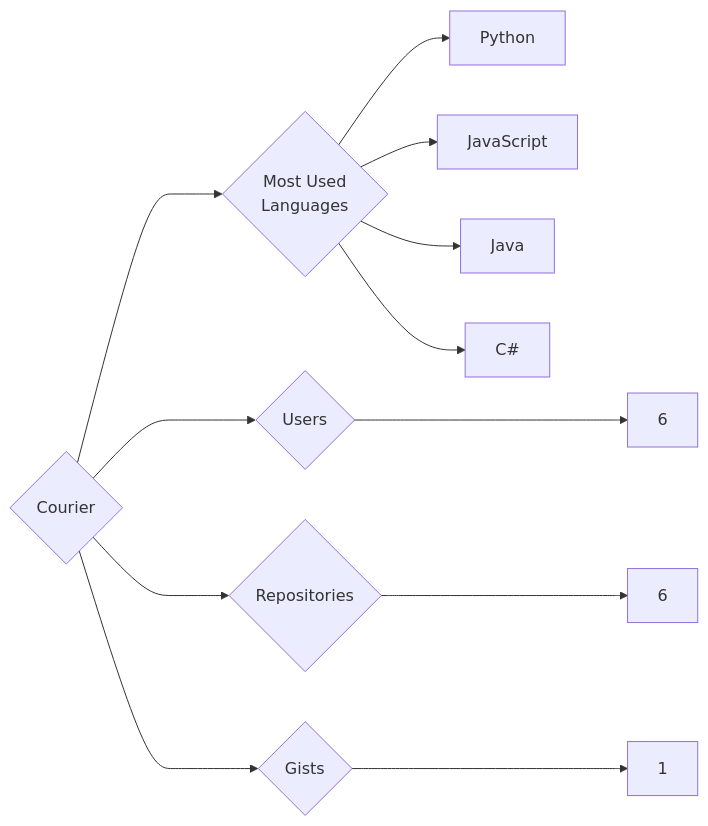
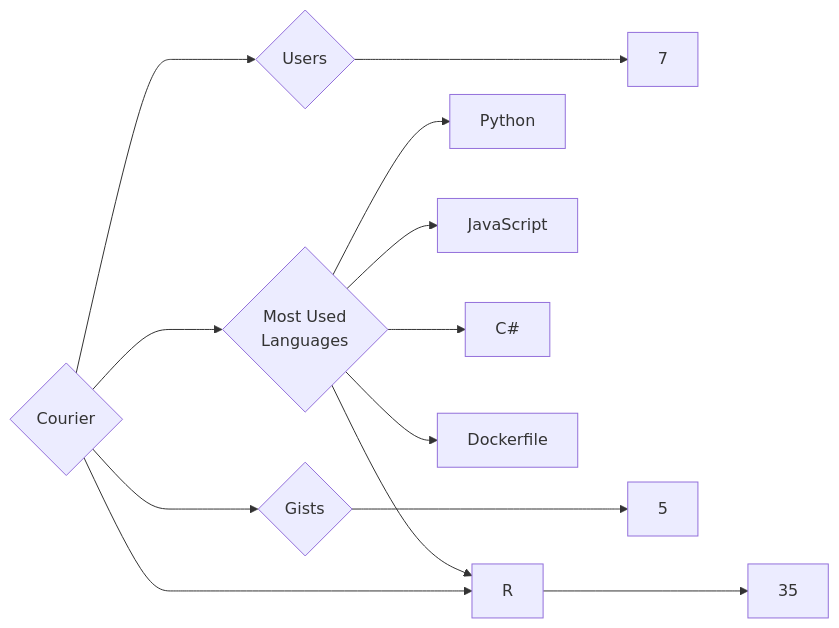
The diagram in targets/Courier/README.md (trickest/insiders), drawn with Mermaid before and after one commit. The commit also changed 880 other files, not shown here.

````diff
--- a/targets/Courier/README.md
+++ b/targets/Courier/README.md
@@ -3,12 +3,13 @@
 ```mermaid
 graph LR
 COMPANY_NAME{Courier}
-COMPANY_NAME ---> U{Users} ---> UN[6]
-COMPANY_NAME ---> R{Repositories} ---> RN[6]
-COMPANY_NAME ---> G{Gists} ---> GN[1]
+COMPANY_NAME ---> U{Users} ---> UN[7]
+COMPANY_NAME ---> R{Repositories} ---> RN[35]
+COMPANY_NAME ---> G{Gists} ---> GN[5]
 COMPANY_NAME ---> ML{Most Used<br>Languages}
 ML --> Python[Python]
+ML --> R[R]
 ML --> JavaScript[JavaScript]
-ML --> Java[Java]
 ML --> C#[C#]
+ML --> Dockerfile[Dockerfile]
 ```
````
